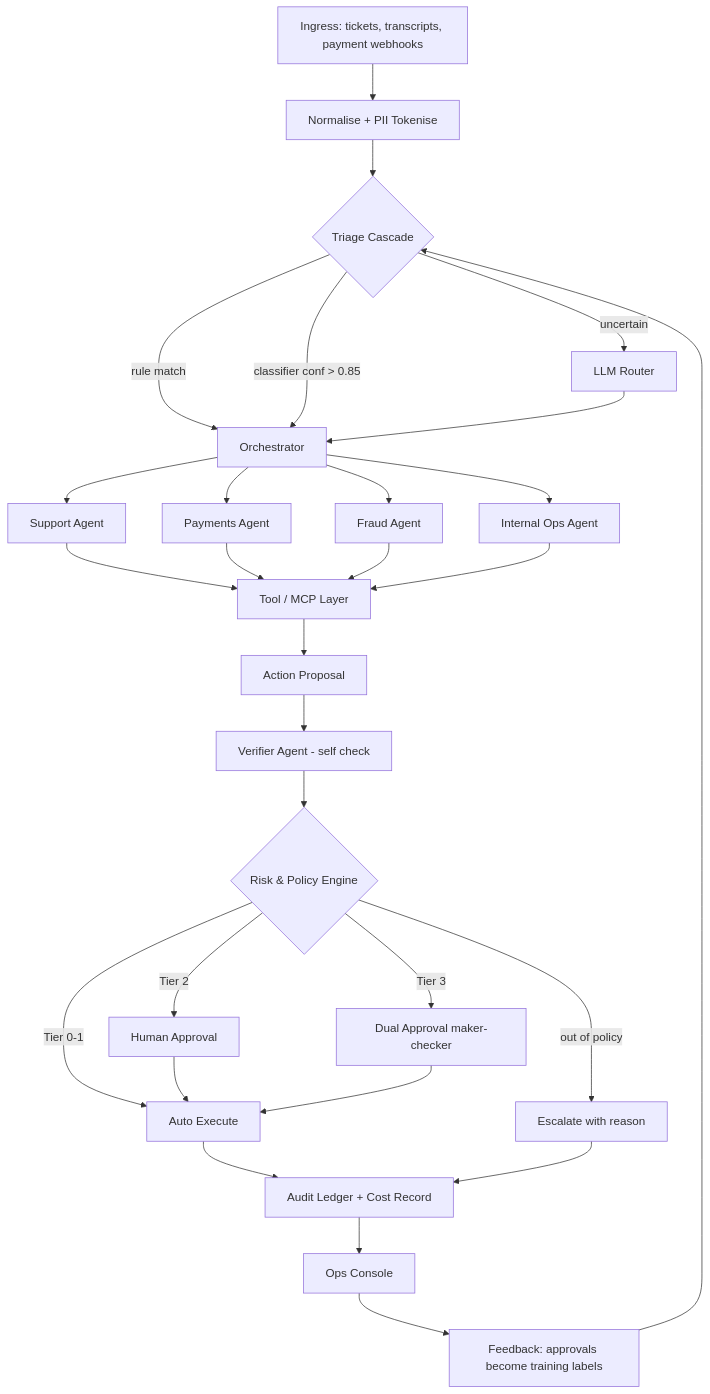
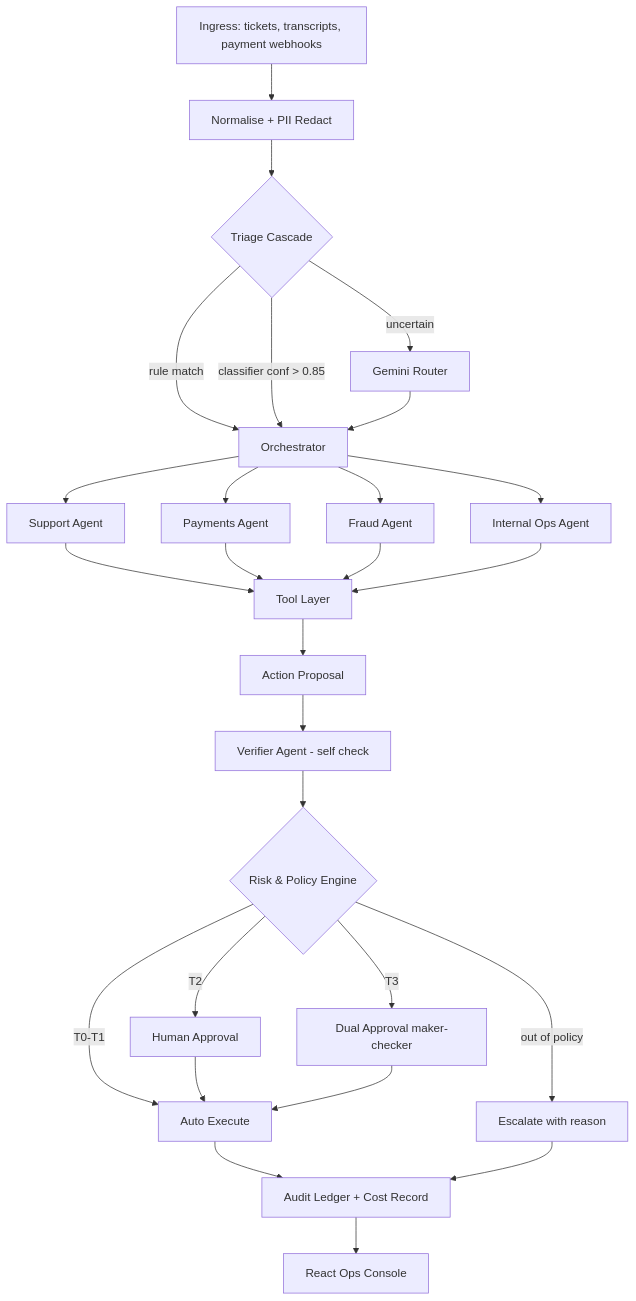
One commit to ushaswi-nandigam/FinOps-finance-operations-assistant changed the diagram in README.md. Above: the diagram before and after it, drawn with Mermaid. The commit also changed other lines of this file and 11 other files, not shown here.

````diff
--- a/README.md
+++ b/README.md
@@ -63,27 +58,25 @@
 ```mermaid
 flowchart TD
-    A[Ingress: tickets, transcripts, payment webhooks] --> B[Normalise + PII Tokenise]
+    A[Ingress: tickets, transcripts, payment webhooks] --> B[Normalise + PII Redact]
     B --> C{Triage Cascade}
     C -->|rule match| D[Orchestrator]
     C -->|classifier conf > 0.85| D
-    C -->|uncertain| C2[LLM Router] --> D
+    C -->|uncertain| C2[Gemini Router] --> D
     D --> E[Support Agent]
     D --> F[Payments Agent]
     D --> G[Fraud Agent]
     D --> H[Internal Ops Agent]
-    E & F & G & H --> I[Tool / MCP Layer]
+    E & F & G & H --> I[Tool Layer]
     I --> J[Action Proposal]
     J --> K[Verifier Agent - self check]
     K --> L{Risk & Policy Engine}
-    L -->|Tier 0-1| M[Auto Execute]
-    L -->|Tier 2| N[Human Approval]
-    L -->|Tier 3| O[Dual Approval maker-checker]
+    L -->|T0-T1| M[Auto Execute]
+    L -->|T2| N[Human Approval]
+    L -->|T3| O[Dual Approval maker-checker]
     L -->|out of policy| P[Escalate with reason]
     N --> M
     O --> M
     M --> Q[Audit Ledger + Cost Record]
     P --> Q
-    Q --> R[Ops Console]
-    R --> S[Feedback: approvals become training labels]
-    S --> C
+    Q --> R[React Ops Console]
 ```
````
